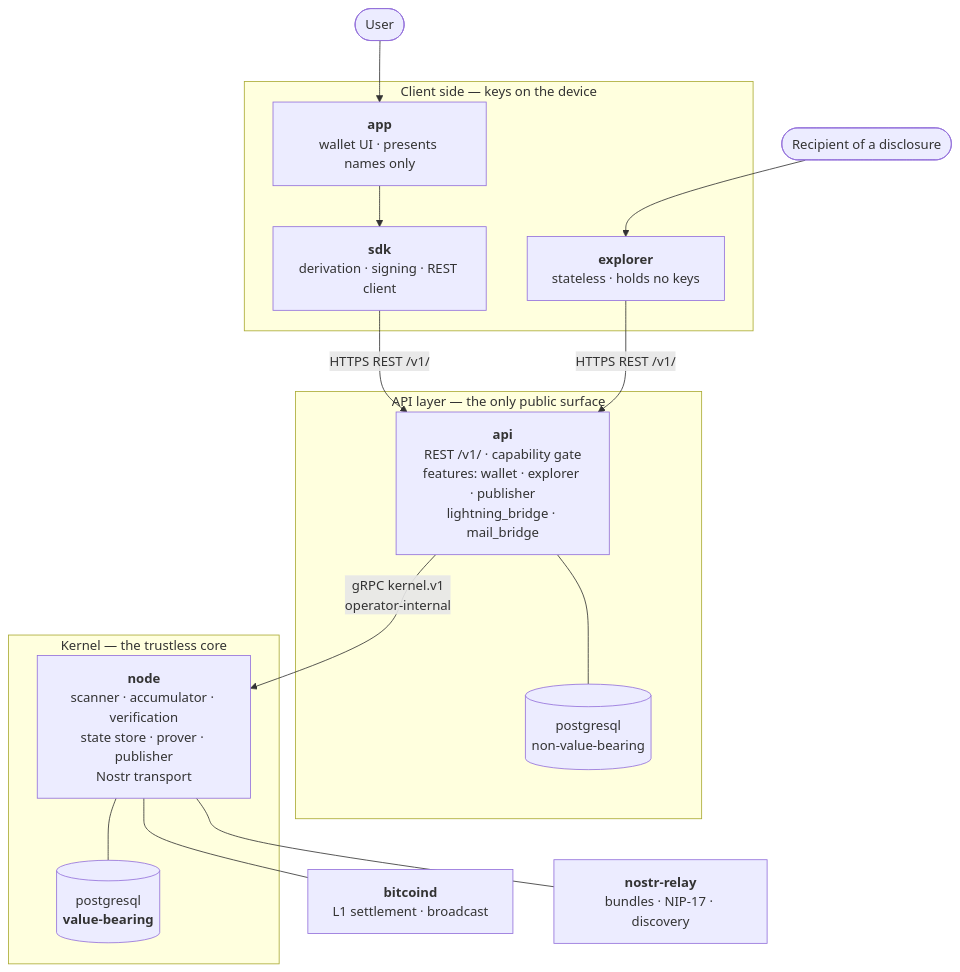
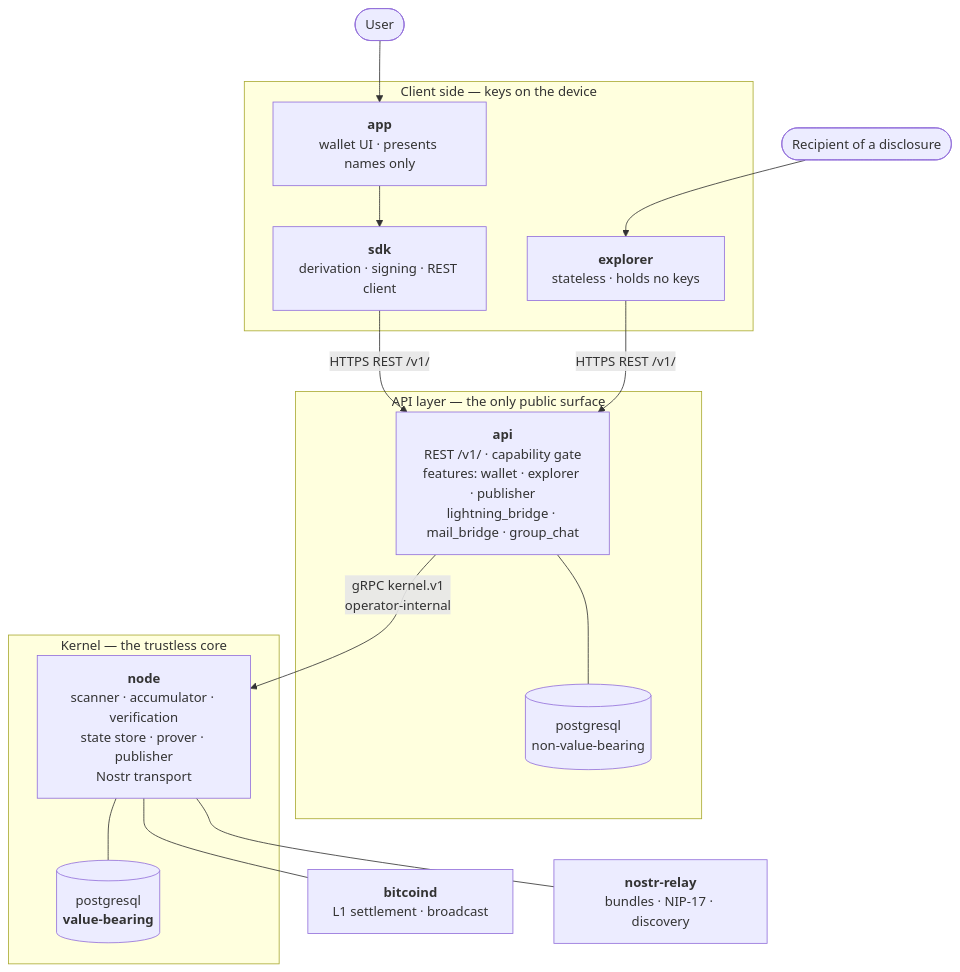
Before and after one commit to zk-coins/docs: the diagram in docs/architecture.md, drawn with Mermaid. The commit also changed other lines of this file and 11 other files, not shown here.

First line of the commit message:
docs: specify optional Marmot/MLS group-chat overlay

````diff
--- a/docs/architecture.md
+++ b/docs/architecture.md
@@ -11,34 +11,34 @@
 ```mermaid
 flowchart TB
   user(["User"])
   discl(["Recipient of a disclosure"])
 
   subgraph client["Client side — keys on the device"]
     app["<b>app</b><br/>wallet UI · presents names only"]
     sdk["<b>sdk</b><br/>derivation · signing · REST client"]
     expl["<b>explorer</b><br/>stateless · holds no keys"]
   end
 
   subgraph apil["API layer — the only public surface"]
-    api["<b>api</b><br/>REST /v1/ · capability gate<br/>features: wallet · explorer · publisher<br/>lightning_bridge · mail_bridge"]
+    api["<b>api</b><br/>REST /v1/ · capability gate<br/>features: wallet · explorer · publisher<br/>lightning_bridge · mail_bridge · group_chat"]
     apidb[("postgresql<br/>non-value-bearing")]
   end
 
   subgraph kern["Kernel — the trustless core"]
     node["<b>node</b><br/>scanner · accumulator · verification<br/>state store · prover · publisher<br/>Nostr transport"]
     nodedb[("postgresql<br/><b>value-bearing</b>")]
   end
 
   btc["<b>bitcoind</b><br/>L1 settlement · broadcast"]
   relay["<b>nostr-relay</b><br/>bundles · NIP-17 · discovery"]
 
   user --> app --> sdk
   discl --> expl
   sdk -- "HTTPS REST /v1/" --> api
   expl -- "HTTPS REST /v1/" --> api
   api --- apidb
   api -- "gRPC kernel.v1<br/>operator-internal" --> node
   node --- nodedb
   node --- btc
   node --- relay
 ```
````
